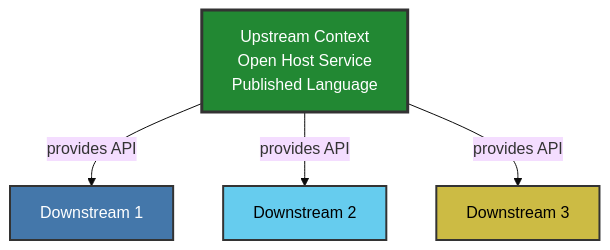
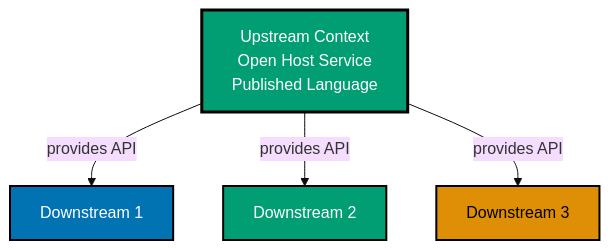
Before and after one commit to wahidyankf/open-sharia-enterprise: the fifth of 12 diagrams in docs/explanation/software-design/domain-driven-design-ddd/templates/ex-sode-dodrdedd-te__context-map-diagram.md, drawn with Mermaid (base theme). The commit also changed other lines of this file and 35 other files, not shown here.

````diff
--- a/docs/explanation/software-design/domain-driven-design-ddd/templates/ex-sode-dodrdedd-te__context-map-diagram.md
+++ b/docs/explanation/software-design/domain-driven-design-ddd/templates/ex-sode-dodrdedd-te__context-map-diagram.md
@@ -190,17 +190,17 @@
 ```mermaid
 graph TB
     OHS[Upstream Context<br/>Open Host Service<br/>Published Language]
 
     DS1[Downstream 1]
     DS2[Downstream 2]
     DS3[Downstream 3]
 
     OHS -->|provides API| DS1
     OHS -->|provides API| DS2
     OHS -->|provides API| DS3
 
-    style OHS fill:#228833,stroke:#333,stroke-width:3px,color:#FFFFFF
-    style DS1 fill:#4477AA,stroke:#333,stroke-width:2px,color:#FFFFFF
-    style DS2 fill:#66CCEE,stroke:#333,stroke-width:2px,color:#000000
-    style DS3 fill:#CCBB44,stroke:#333,stroke-width:2px,color:#000000
+    style OHS fill:#029E73,stroke:#000000,stroke-width:3px,color:#FFFFFF
+    style DS1 fill:#0173B2,stroke:#000000,stroke-width:2px,color:#FFFFFF
+    style DS2 fill:#029E73,stroke:#000000,stroke-width:2px,color:#FFFFFF
+    style DS3 fill:#DE8F05,stroke:#000000,stroke-width:2px,color:#000000
 ```
````
